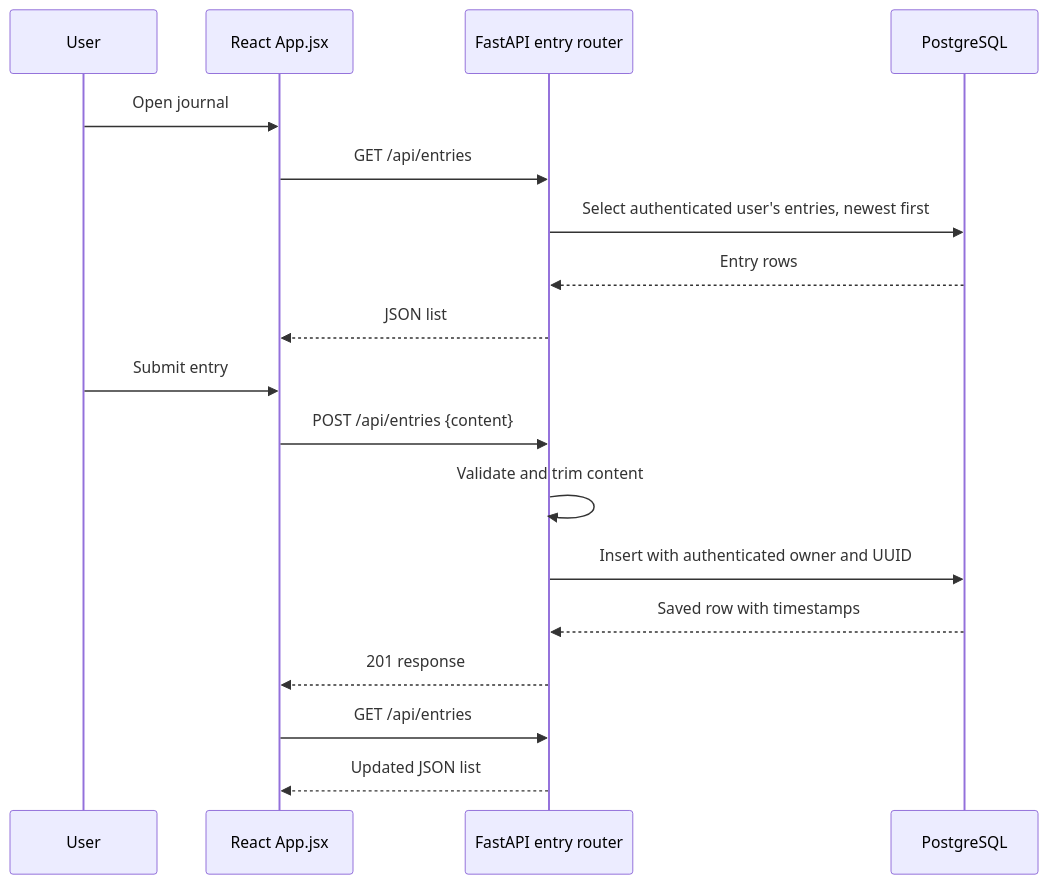
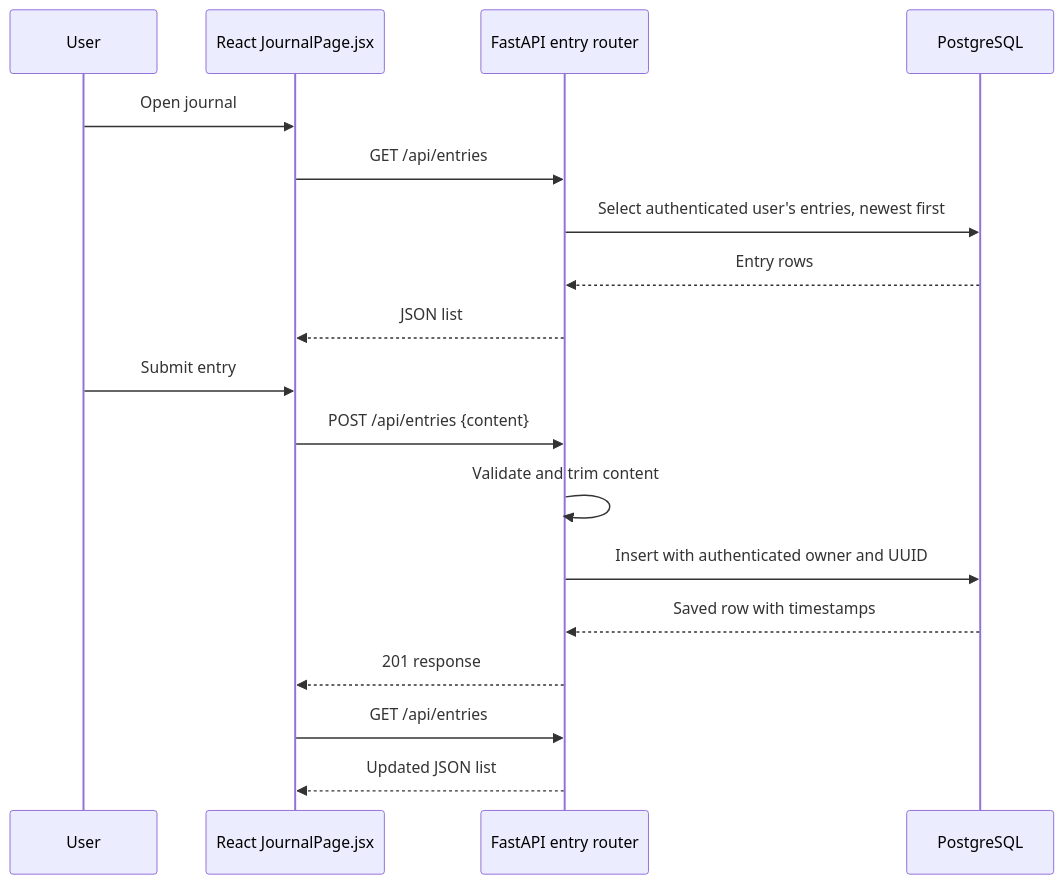
The diagram in docs/application-flow.md (CS252-Group02/AuraJournal), drawn with Mermaid before and after one commit. The commit also changed other lines of this file and 18 other files, not shown here.

````diff
--- a/docs/application-flow.md
+++ b/docs/application-flow.md
@@ -7,20 +7,20 @@
 ```mermaid
 sequenceDiagram
     participant User
-    participant UI as React App.jsx
+    participant UI as React JournalPage.jsx
     participant API as FastAPI entry router
     participant DB as PostgreSQL
     User->>UI: Open journal
     UI->>API: GET /api/entries
     API->>DB: Select authenticated user's entries, newest first
     DB-->>API: Entry rows
     API-->>UI: JSON list
     User->>UI: Submit entry
     UI->>API: POST /api/entries {content}
     API->>API: Validate and trim content
     API->>DB: Insert with authenticated owner and UUID
     DB-->>API: Saved row with timestamps
     API-->>UI: 201 response
     UI->>API: GET /api/entries
     API-->>UI: Updated JSON list
 ```
````
